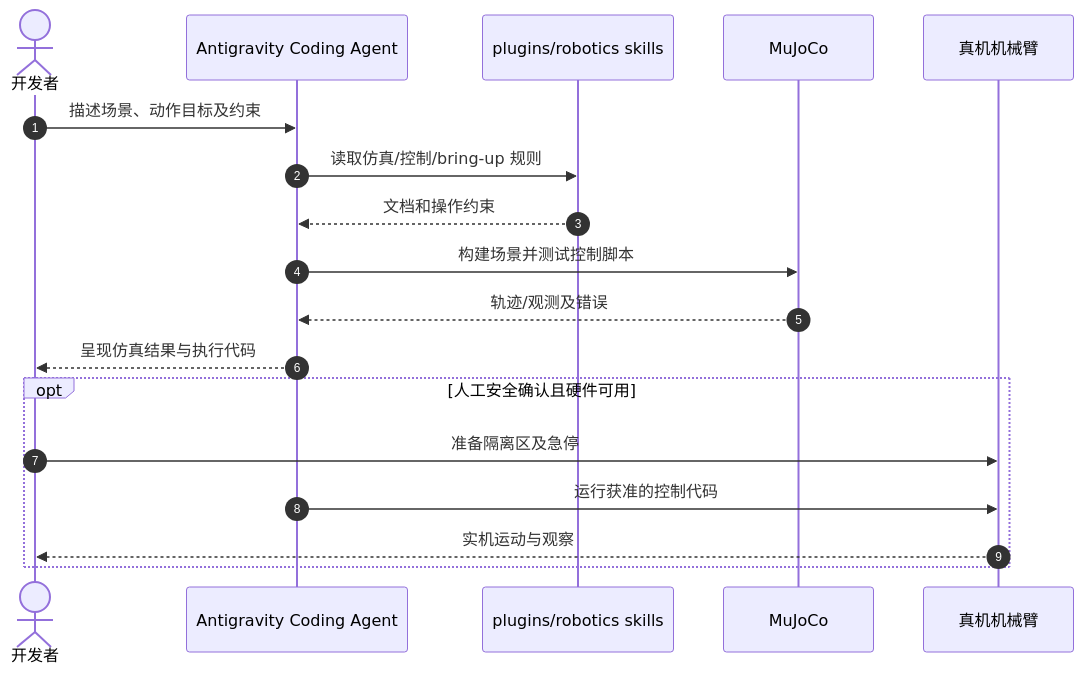
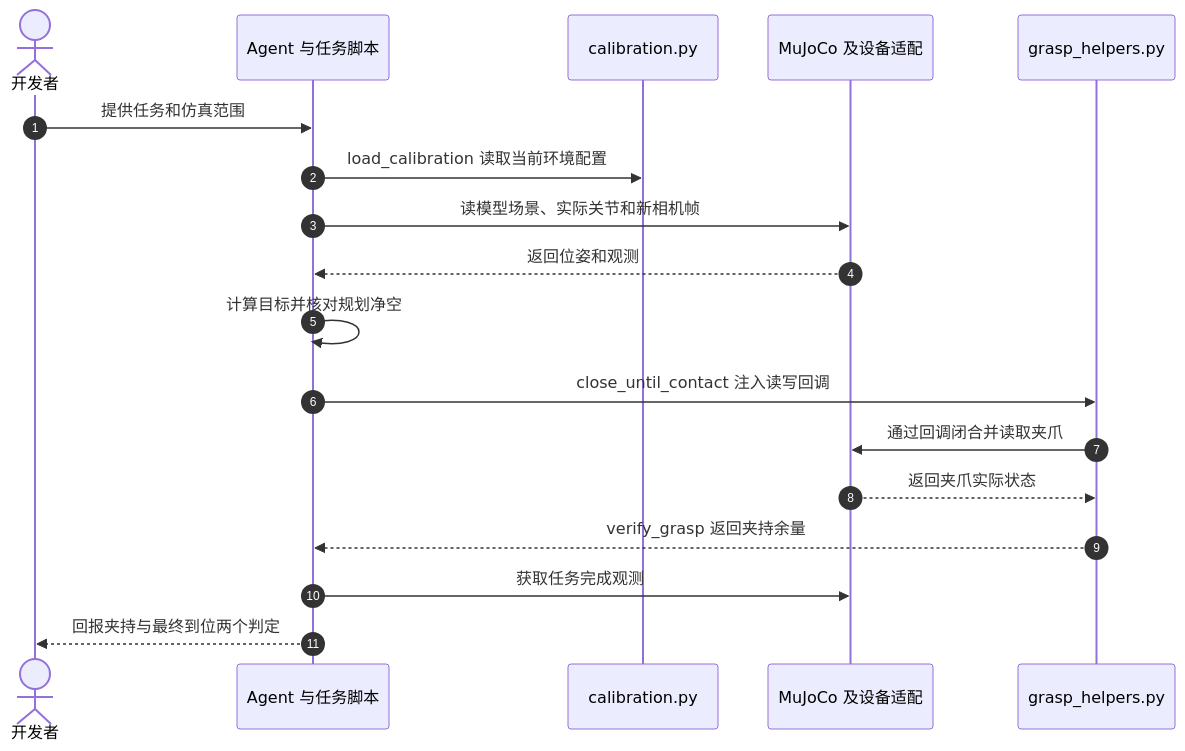
Before and after one commit to ImChong/Robotics_Notebooks: the second of 2 diagrams in wiki/entities/google-deepmind-robotics-antigravity-plugin.md, drawn with Mermaid. The commit also changed other lines of this file and 29 other files, not shown here.

````diff
--- a/wiki/entities/google-deepmind-robotics-antigravity-plugin.md
+++ b/wiki/entities/google-deepmind-robotics-antigravity-plugin.md
@@ -64,20 +73,20 @@
 ```mermaid
 sequenceDiagram
   autonumber
-  actor Human as 开发者
-  participant Agent as Antigravity Coding Agent
-  participant Skills as plugins/robotics skills
-  participant Sim as MuJoCo
-  participant HW as 真机机械臂
-  Human->>Agent: 描述场景、动作目标及约束
-  Agent->>Skills: 读取仿真/控制/bring-up 规则
-  Skills-->>Agent: 文档和操作约束
-  Agent->>Sim: 构建场景并测试控制脚本
-  Sim-->>Agent: 轨迹/观测及错误
-  Agent-->>Human: 呈现仿真结果与执行代码
-  opt 人工安全确认且硬件可用
-    Human->>HW: 准备隔离区及急停
-    Agent->>HW: 运行获准的控制代码
-    HW-->>Human: 实机运动与观察
-  end
+  actor Dev as 开发者
+  participant Agent as Agent 与任务脚本
+  participant Cal as calibration.py
+  participant Sim as MuJoCo 及设备适配
+  participant Grip as grasp_helpers.py
+  Dev->>Agent: 提供任务和仿真范围
+  Agent->>Cal: load_calibration 读取当前环境配置
+  Agent->>Sim: 读模型场景、实际关节和新相机帧
+  Sim-->>Agent: 返回位姿和观测
+  Agent->>Agent: 计算目标并核对规划净空
+  Agent->>Grip: close_until_contact 注入读写回调
+  Grip->>Sim: 通过回调闭合并读取夹爪
+  Sim-->>Grip: 返回夹爪实际状态
+  Grip-->>Agent: verify_grasp 返回夹持余量
+  Agent->>Sim: 获取任务完成观测
+  Agent-->>Dev: 回报夹持与最终到位两个判定
 ```
````
